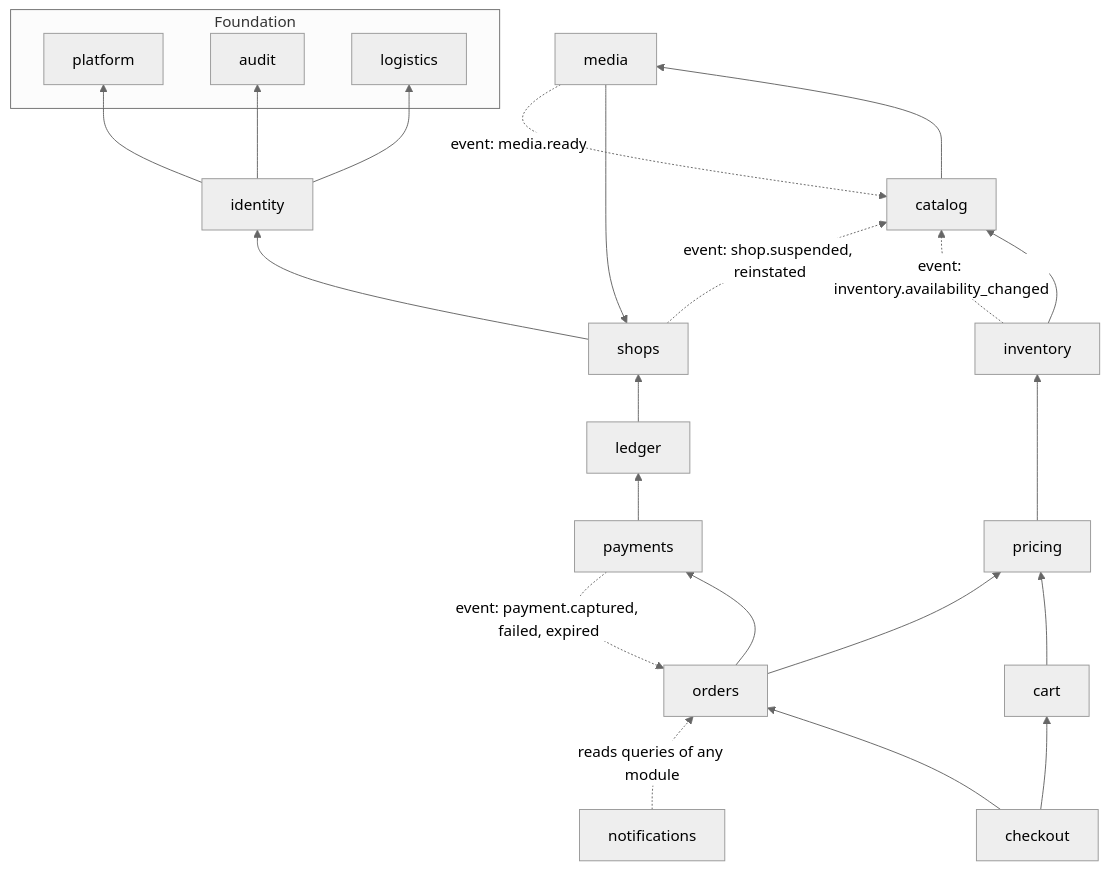
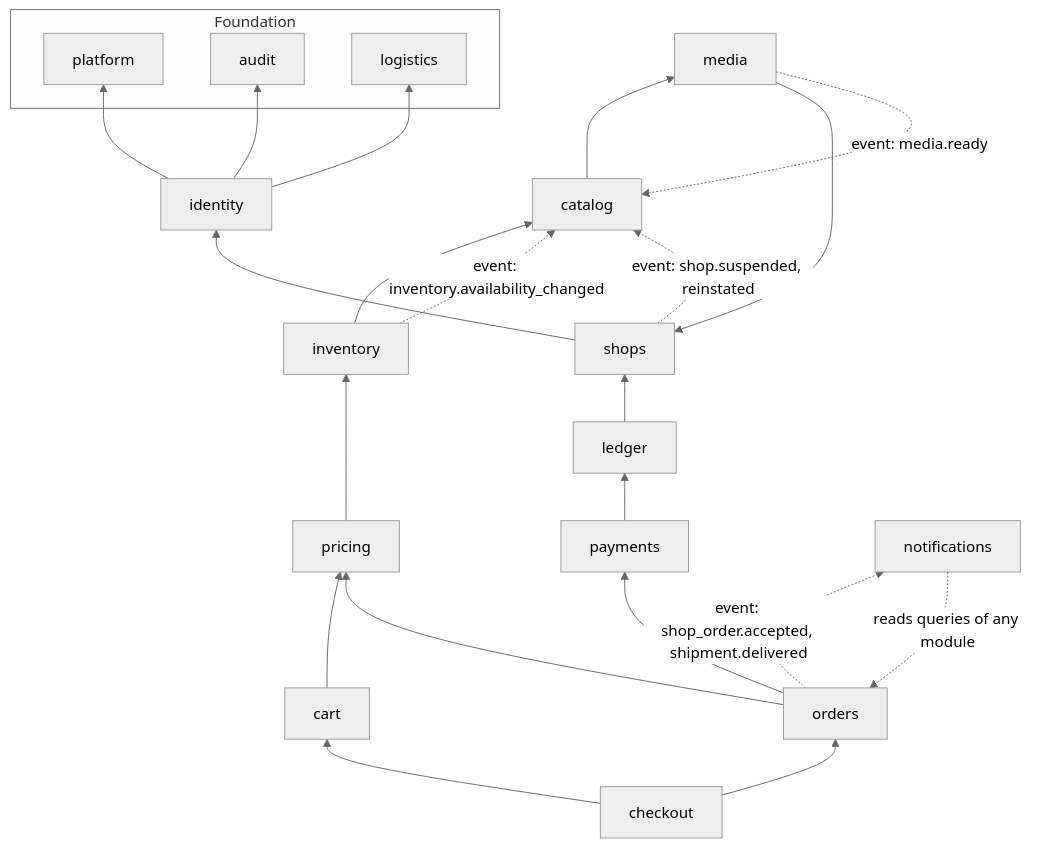
The third of 12 diagrams in docs/03-system-architecture.md (harublank0-0/drip-nepal), drawn with Mermaid (neutral theme) before and after one commit. The commit also changed other lines of this file, not shown here.

Commit message:
docs(03): critic pass on system architecture

````diff
--- a/docs/03-system-architecture.md
+++ b/docs/03-system-architecture.md
@@ -270,29 +273,29 @@
 ```mermaid
 flowchart BT
   subgraph foundation["Foundation"]
     platform["platform"]
     audit["audit"]
     logistics["logistics"]
   end
   identity["identity"] --> platform
   identity --> audit
   identity --> logistics
   shops["shops"] --> identity
   media["media"] --> shops
   catalog["catalog"] --> media
   inventory["inventory"] --> catalog
   pricing["pricing"] --> inventory
   cart["cart"] --> pricing
   checkout["checkout"] --> cart
   checkout --> orders["orders"]
   orders --> payments["payments"]
   payments --> ledger["ledger"]
   orders --> pricing
   ledger --> shops
   notifications["notifications"] -.->|reads queries of any module| orders
 
-  payments -.->|"event: payment.captured, failed, expired"| orders
+  orders -.->|"event: shop_order.accepted, shipment.delivered"| notifications
   inventory -.->|"event: inventory.availability_changed"| catalog
   media -.->|"event: media.ready"| catalog
   shops -.->|"event: shop.suspended, reinstated"| catalog
 ```
````
